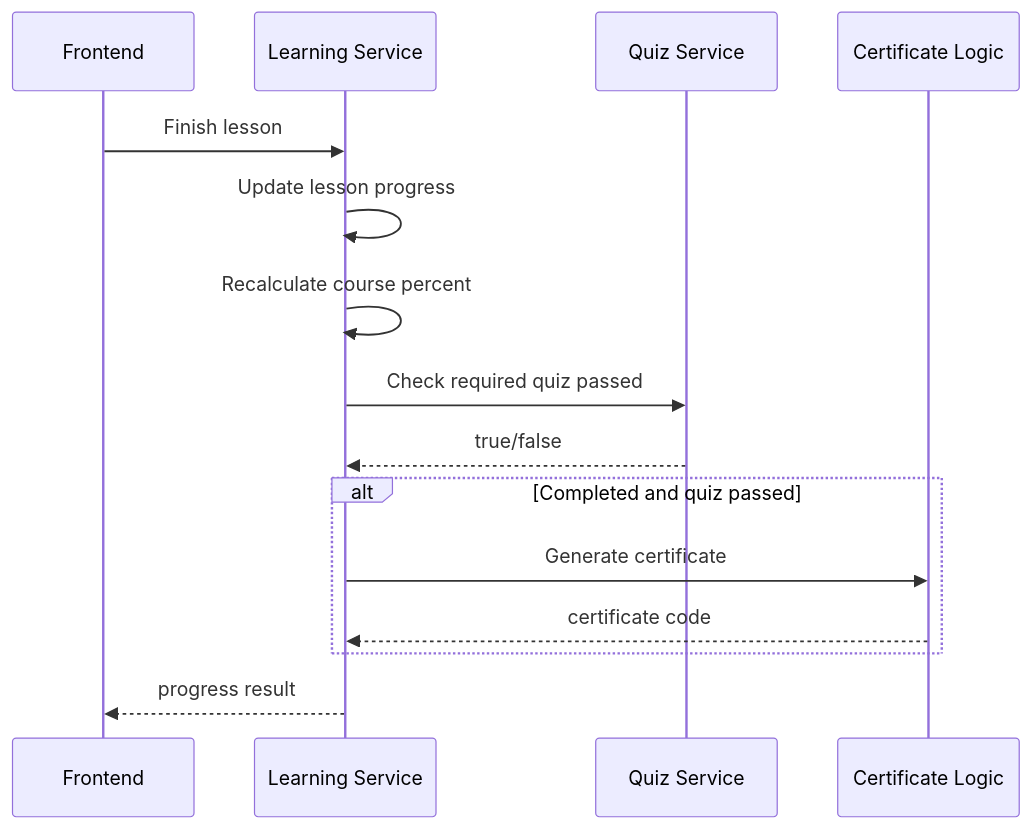
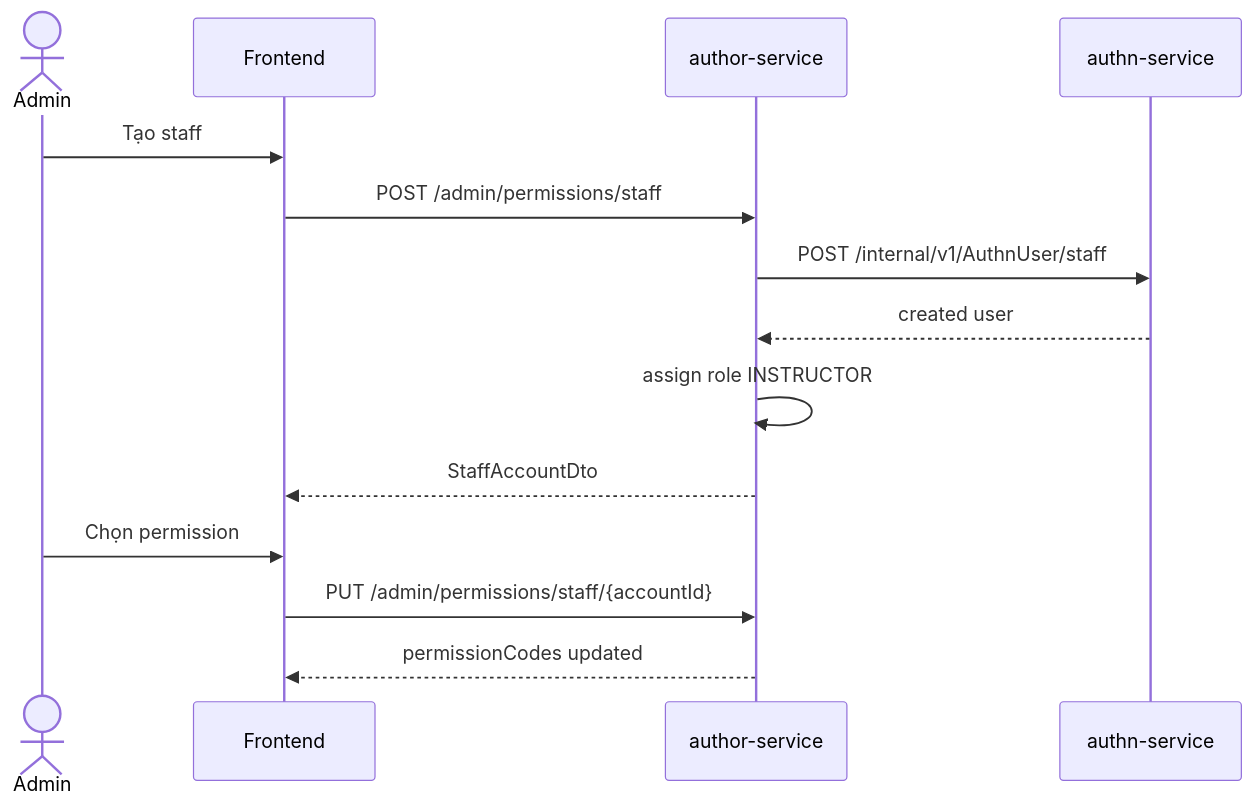
Before and after one commit to gunvno/LMS-Mini: the eighth of 8 diagrams in FRONTEND_RENDER_SPEC.md, drawn with Mermaid. The commit also changed other lines of this file and 9 other files, not shown here.

````diff
--- a/FRONTEND_RENDER_SPEC.md
+++ b/FRONTEND_RENDER_SPEC.md
@@ -376,18 +975,17 @@
 ```mermaid
 sequenceDiagram
-    participant FE as Frontend
-    participant LEARN as Learning Service
-    participant QUIZ as Quiz Service
-    participant CERT as Certificate Logic
+  actor Admin
+  participant FE as Frontend
+  participant Author as author-service
+  participant Authn as authn-service
 
-    FE->>LEARN: Finish lesson
-    LEARN->>LEARN: Update lesson progress
-    LEARN->>LEARN: Recalculate course percent
-    LEARN->>QUIZ: Check required quiz passed
-    QUIZ-->>LEARN: true/false
-    alt Completed and quiz passed
-        LEARN->>CERT: Generate certificate
-        CERT-->>LEARN: certificate code
-    end
-    LEARN-->>FE: progress result
+  Admin->>FE: Tạo staff
+  FE->>Author: POST /admin/permissions/staff
+  Author->>Authn: POST /internal/v1/AuthnUser/staff
+  Authn-->>Author: created user
+  Author->>Author: assign role INSTRUCTOR
+  Author-->>FE: StaffAccountDto
+  Admin->>FE: Chọn permission
+  FE->>Author: PUT /admin/permissions/staff/{accountId}
+  Author-->>FE: permissionCodes updated
 ```
````
